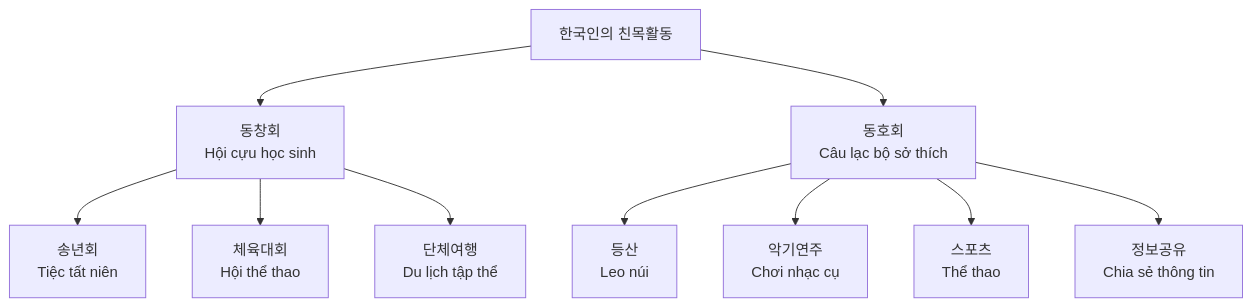
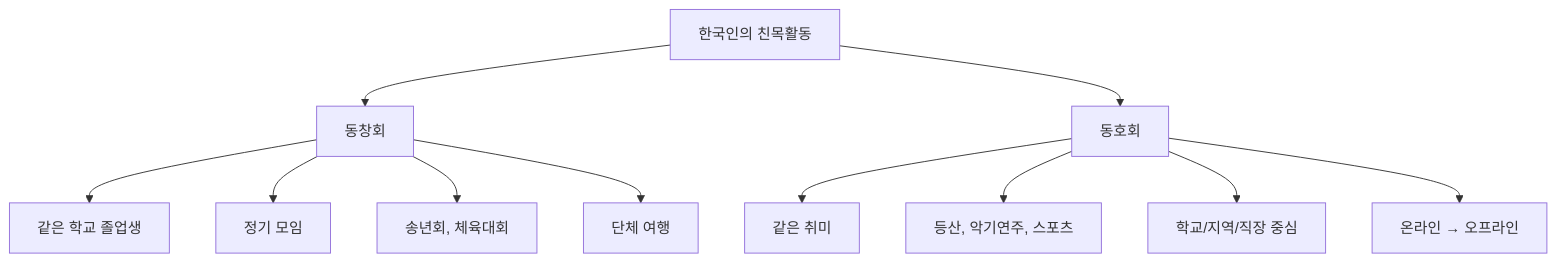
One commit to khieu-dv/vievlog changed the fifth of 5 diagrams in src/content/soft-skills/custom2/custom21.md. Above: the diagram before and after it, drawn with Mermaid. The commit also changed other lines of this file and 2 other files, not shown here.

````diff
--- a/src/content/soft-skills/custom2/custom21.md
+++ b/src/content/soft-skills/custom2/custom21.md
@@ -309,14 +326,15 @@
 ```mermaid
 graph TD
-    A[한국인의 친목활동] --> B[동창회<br/>Hội cựu học sinh]
-    A --> C[동호회<br/>Câu lạc bộ sở thích]
+    A[한국인의 친목활동] --> B[동창회]
+    A --> C[동호회]
     
-    B --> B1[송년회<br/>Tiệc tất niên]
-    B --> B2[체육대회<br/>Hội thể thao]
-    B --> B3[단체여행<br/>Du lịch tập thể]
+    B --> D[같은 학교 졸업생]
+    B --> E[정기 모임]
+    B --> F[송년회, 체육대회]
+    B --> G[단체 여행]
     
-    C --> C1[등산<br/>Leo núi]
-    C --> C2[악기연주<br/>Chơi nhạc cụ]
-    C --> C3[스포츠<br/>Thể thao]
-    C --> C4[정보공유<br/>Chia sẻ thông tin]
+    C --> H[같은 취미]
+    C --> I[등산, 악기연주, 스포츠]
+    C --> J[학교/지역/직장 중심]
+    C --> K[온라인 → 오프라인]
 ```
````
